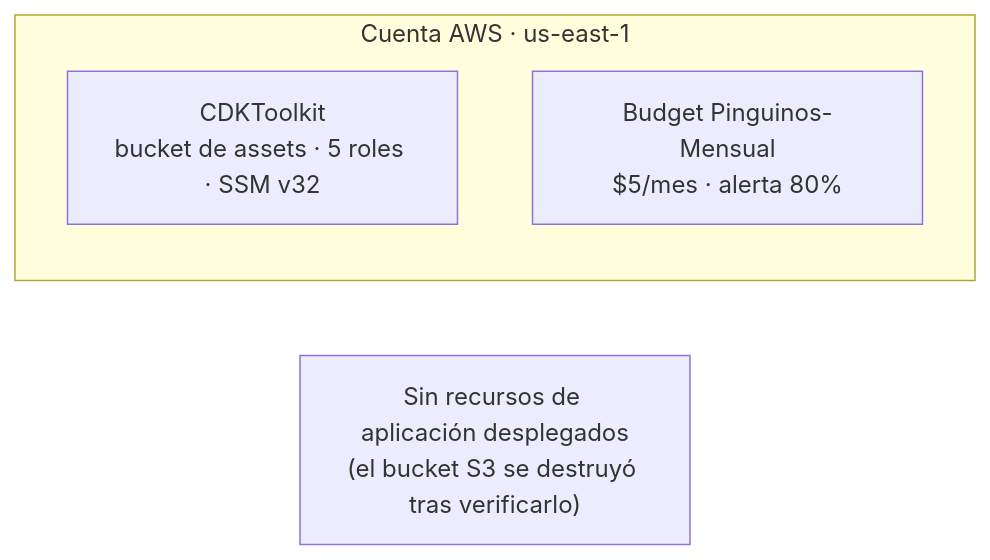
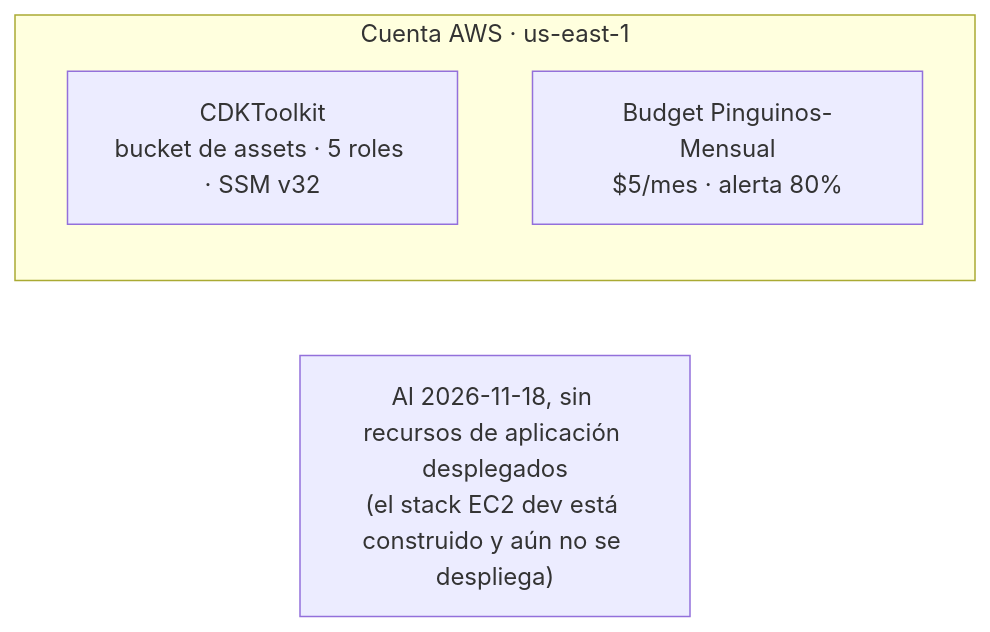
The eighth of 9 diagrams in docs/how-it-works.md (JairRamosG/Pinguinos-AWS), drawn with Mermaid before and after one commit. The commit also changed other lines of this file, not shown here.

````diff
--- a/docs/how-it-works.md
+++ b/docs/how-it-works.md
@@ -520,8 +582,8 @@
 ```mermaid
 flowchart LR
     subgraph AWS["Cuenta AWS · us-east-1"]
         TK["CDKToolkit<br/>bucket de assets · 5 roles · SSM v32"]
         BUD["Budget Pinguinos-Mensual<br/>$5/mes · alerta 80%"]
     end
-    NADA["Sin recursos de aplicación desplegados<br/>(el bucket S3 se destruyó tras verificarlo)"]
+    NADA["Al 2026-11-18, sin recursos de aplicación desplegados<br/>(el stack EC2 dev está construido y aún no se despliega)"]
 ```
````
